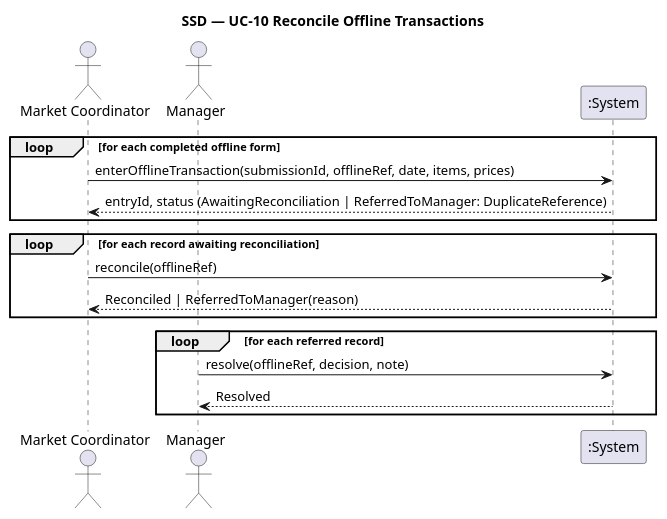
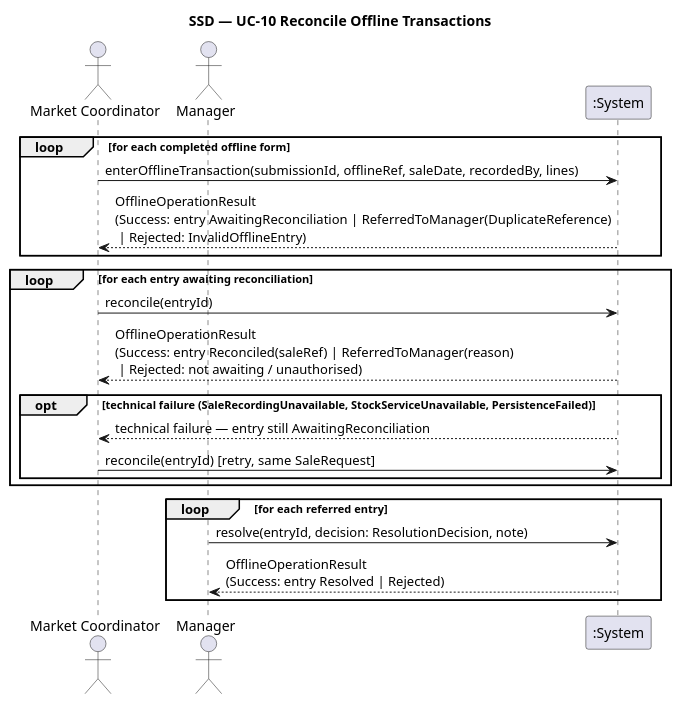
One commit to Mykola-Rubliuk/LocalCraftMarketplace changed the diagram in ca2-analysis/slices/slice-3/ssd/ssd.puml. Above: the diagram before and after it, drawn with PlantUML. The commit also changed 7 other files, not shown here.

Commit message:
Slice 3: align with integrated design (entryId, SaleRequest, sale recovery) (refs #3)

```diff
--- a/ca2-analysis/slices/slice-3/ssd/ssd.puml
+++ b/ca2-analysis/slices/slice-3/ssd/ssd.puml
@@ -1,19 +1,25 @@
 @startuml
 title SSD — UC-10 Reconcile Offline Transactions
 actor "Market Coordinator" as C
 actor Manager as M
 participant ":System" as S
 
 loop for each completed offline form
-  C -> S : enterOfflineTransaction(submissionId, offlineRef, date, items, prices)
-  S --> C : entryId, status (AwaitingReconciliation | ReferredToManager: DuplicateReference)
+  C -> S : enterOfflineTransaction(submissionId, offlineRef, saleDate, recordedBy, lines)
+  S --> C : OfflineOperationResult\n(Success: entry AwaitingReconciliation | ReferredToManager(DuplicateReference)\n | Rejected: InvalidOfflineEntry)
 end
-loop for each record awaiting reconciliation
-  C -> S : reconcile(offlineRef)
-  S --> C : Reconciled | ReferredToManager(reason)
+
+loop for each entry awaiting reconciliation
+  C -> S : reconcile(entryId)
+  S --> C : OfflineOperationResult\n(Success: entry Reconciled(saleRef) | ReferredToManager(reason)\n | Rejected: not awaiting / unauthorised)
+  opt technical failure (SaleRecordingUnavailable, StockServiceUnavailable, PersistenceFailed)
+    S --> C : technical failure — entry still AwaitingReconciliation
+    C -> S : reconcile(entryId)  [retry, same SaleRequest]
+  end
 end
-loop for each referred record
-  M -> S : resolve(offlineRef, decision, note)
-  S --> M : Resolved
+
+loop for each referred entry
+  M -> S : resolve(entryId, decision: ResolutionDecision, note)
+  S --> M : OfflineOperationResult\n(Success: entry Resolved | Rejected)
 end
 @enduml
```
